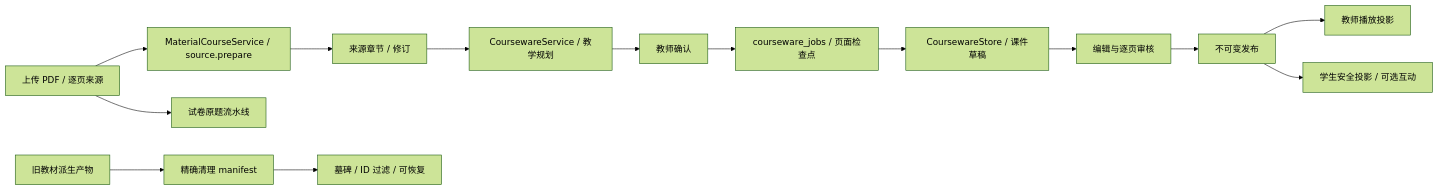
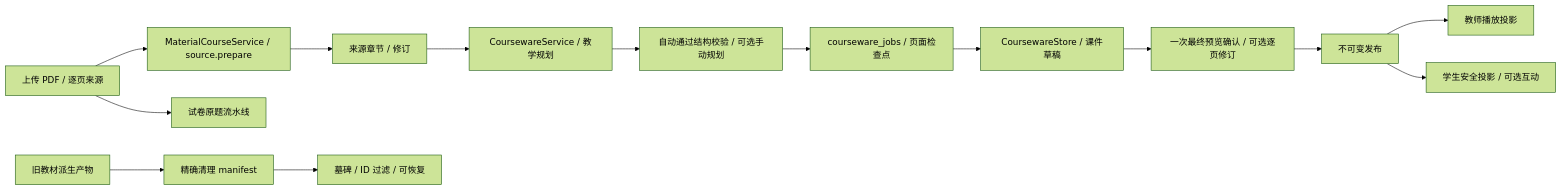
Before and after one commit to ningkaikok/dotty-tutor: the first of 3 diagrams in docs/codebase-guide.md, drawn with Mermaid (forest theme). The commit also changed other lines of this file and 43 other files, not shown here.

````diff
--- a/docs/codebase-guide.md
+++ b/docs/codebase-guide.md
@@ -228,16 +228,16 @@
 ```mermaid
 flowchart LR
   Source[上传 PDF / 逐页来源] --> Prepare[MaterialCourseService / source.prepare]
   Prepare --> Chapter[来源章节 / 修订]
   Chapter --> Plan[CoursewareService / 教学规划]
-  Plan --> Confirm[教师确认]
+  Plan --> Confirm[自动通过结构校验 / 可选手动规划]
   Confirm --> Worker[courseware_jobs / 页面检查点]
   Worker --> Draft[CoursewareStore / 课件草稿]
-  Draft --> Review[编辑与逐页审核]
+  Draft --> Review[一次最终预览确认 / 可选逐页修订]
   Review --> Publication[不可变发布]
   Publication --> Teacher[教师播放投影]
   Publication --> Student[学生安全投影 / 可选互动]
   Source --> Paper[试卷原题流水线]
   Old[旧教材派生产物] --> Manifest[精确清理 manifest]
   Manifest --> Tombstone[墓碑 / ID 过滤 / 可恢复]
 ```
````
